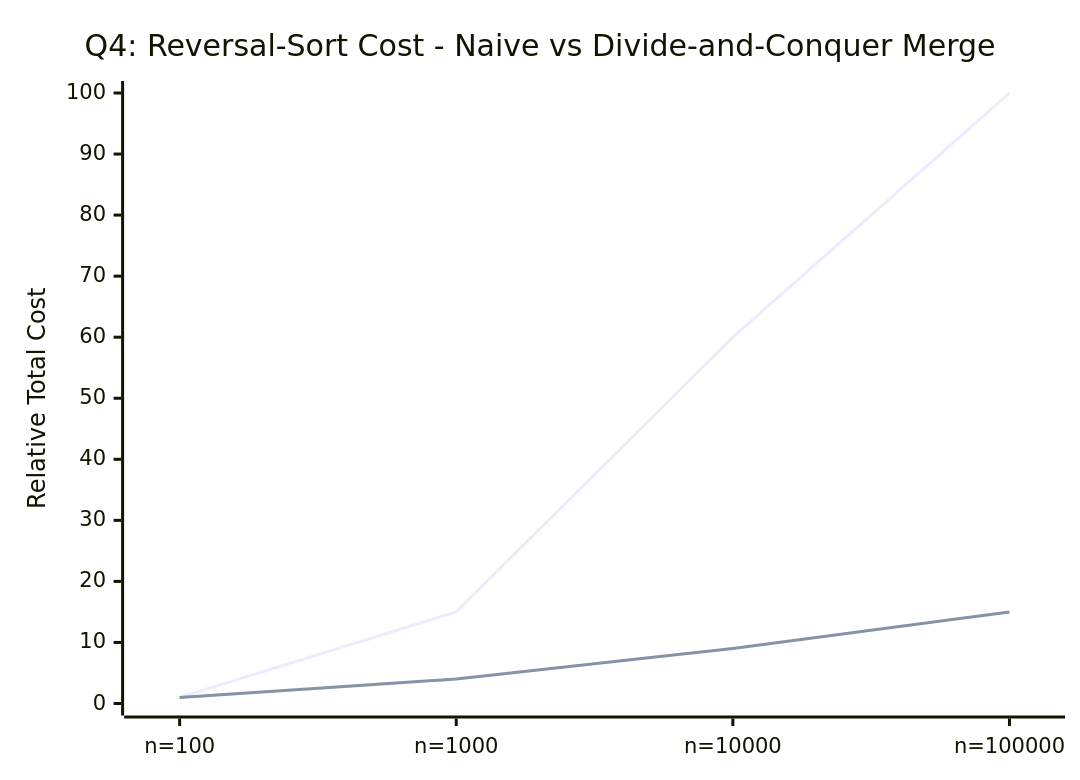
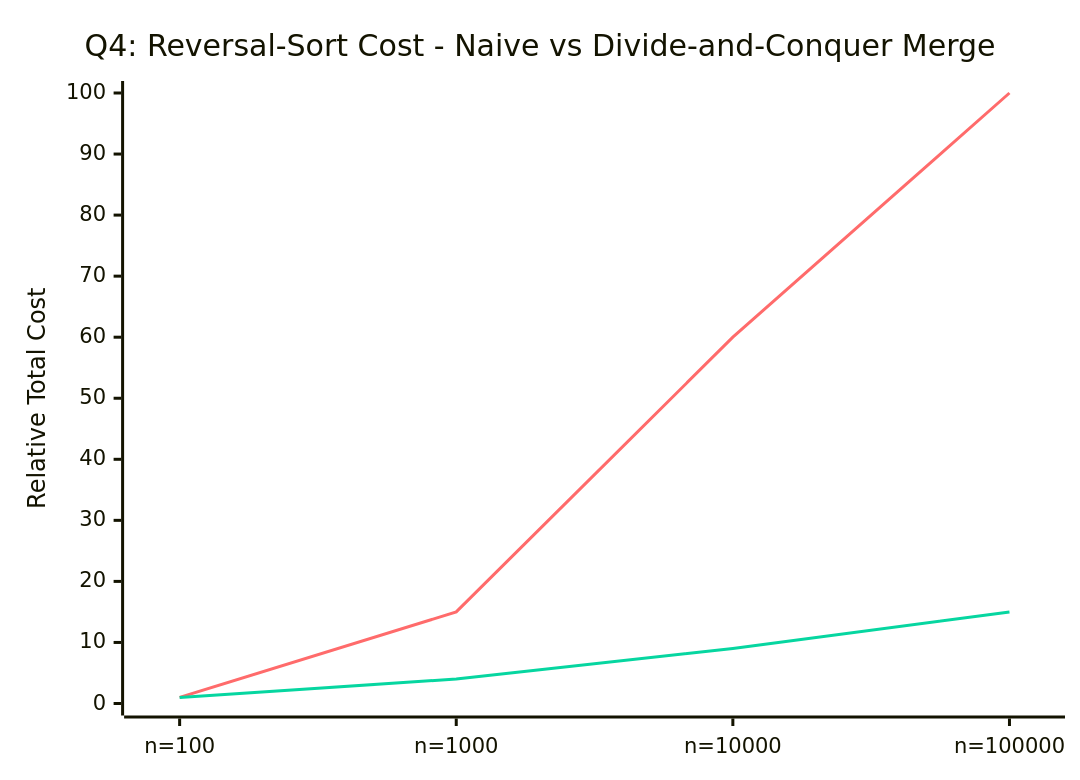
Before and after one commit to routsarthakkumar-byte/DAA-Lab: the eighth of 9 diagrams in Lab-06/README.md, drawn with Mermaid. The commit also changed other lines of this file and 1 other file, not shown here.

````diff
--- a/Lab-06/README.md
+++ b/Lab-06/README.md
@@ -208,8 +231,9 @@
 ```mermaid
+%%{init: {"themeVariables": {"xyChart": {"plotColorPalette": "#FF6B6B, #06D6A0"}}}}%%
 xychart-beta
     title "Q4: Reversal-Sort Cost - Naive vs Divide-and-Conquer Merge"
     x-axis ["n=100", "n=1000", "n=10000", "n=100000"]
     y-axis "Relative Total Cost" 0 --> 100
     line [1, 15, 60, 100]
     line [1, 4, 9, 15]
 ```
````
